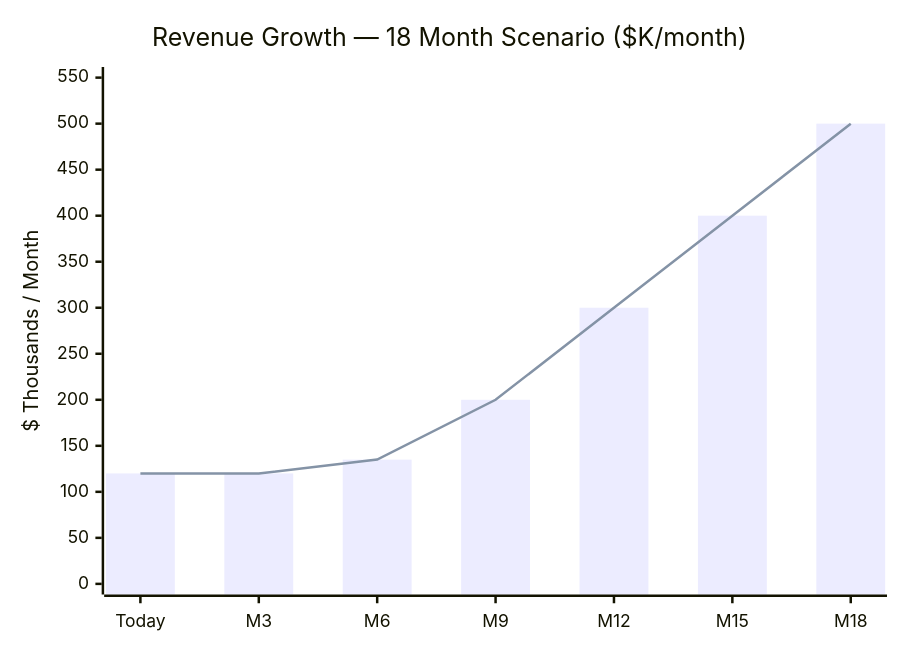
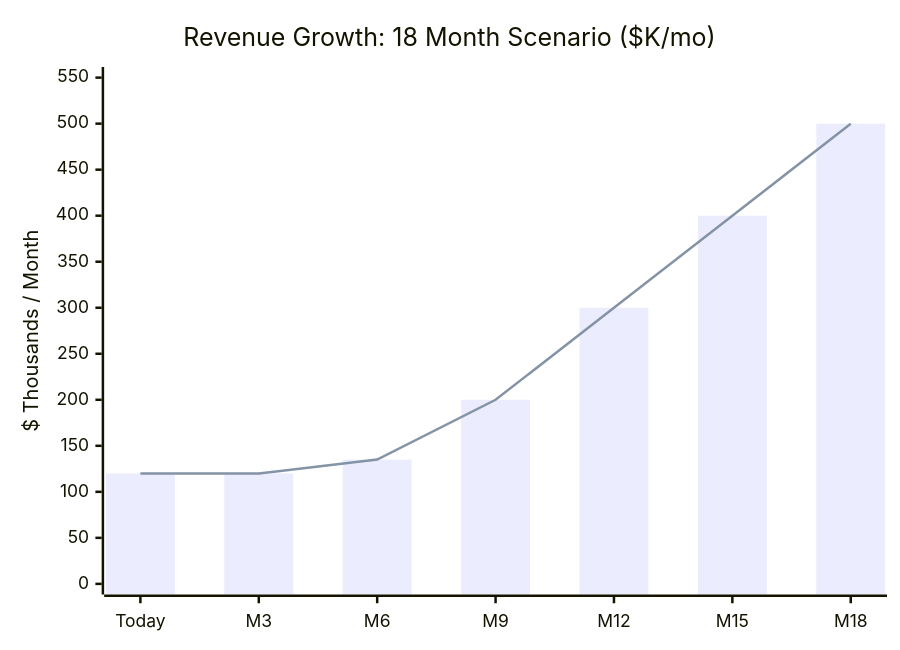
One commit to Light-Brands/qie changed the third of 7 diagrams in legal-vault/proposals/influex-strategic-partnership-2026-02-22.md. Above: the diagram before and after it, drawn with Mermaid. The commit also changed other lines of this file, not shown here.

First line of the commit message:
Remove all dashes and em dashes, shorten Mermaid diagram text

````diff
--- a/legal-vault/proposals/influex-strategic-partnership-2026-02-22.md
+++ b/legal-vault/proposals/influex-strategic-partnership-2026-02-22.md
@@ -201,8 +201,8 @@
 ```mermaid
 xychart-beta
-  title "Revenue Growth — 18 Month Scenario ($K/month)"
+  title "Revenue Growth: 18 Month Scenario ($K/mo)"
   x-axis ["Today", "M3", "M6", "M9", "M12", "M15", "M18"]
   y-axis "$ Thousands / Month" 0 --> 550
   bar [120, 120, 135, 200, 300, 400, 500]
   line [120, 120, 135, 200, 300, 400, 500]
 ```
````
